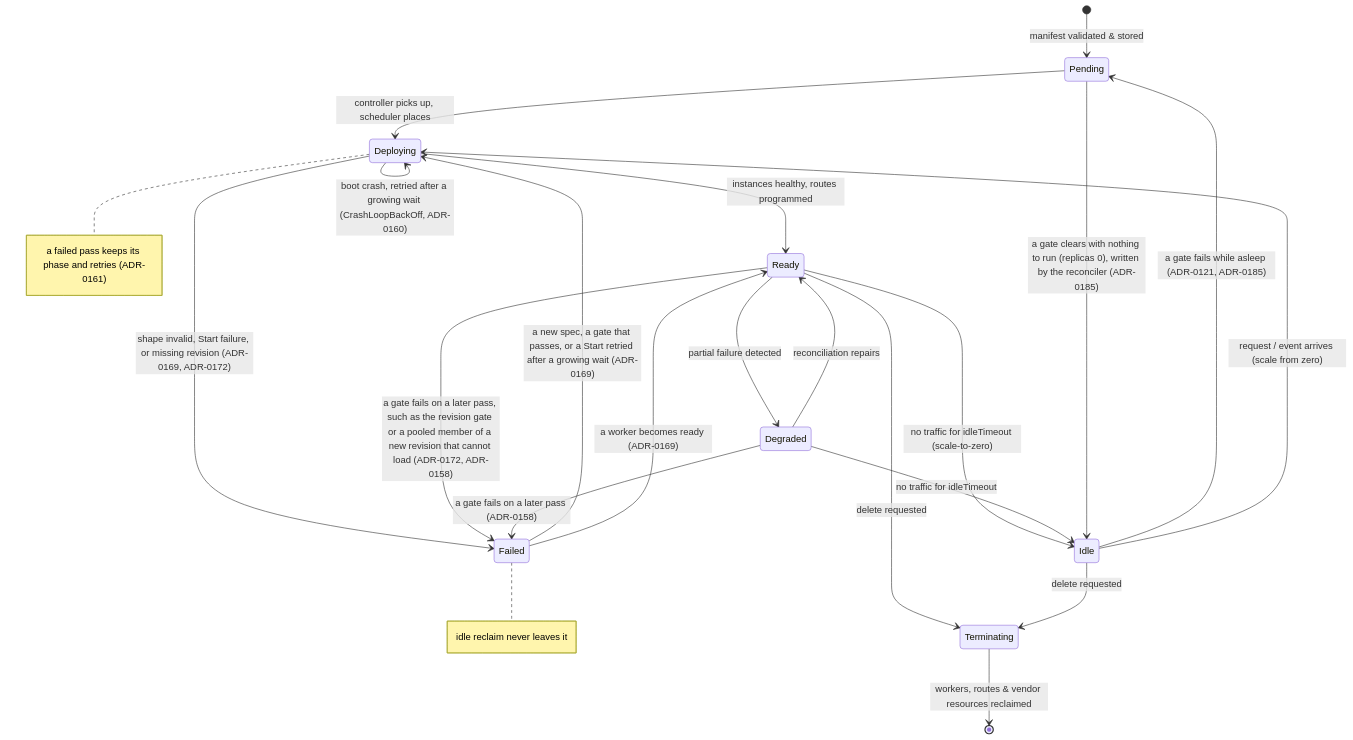
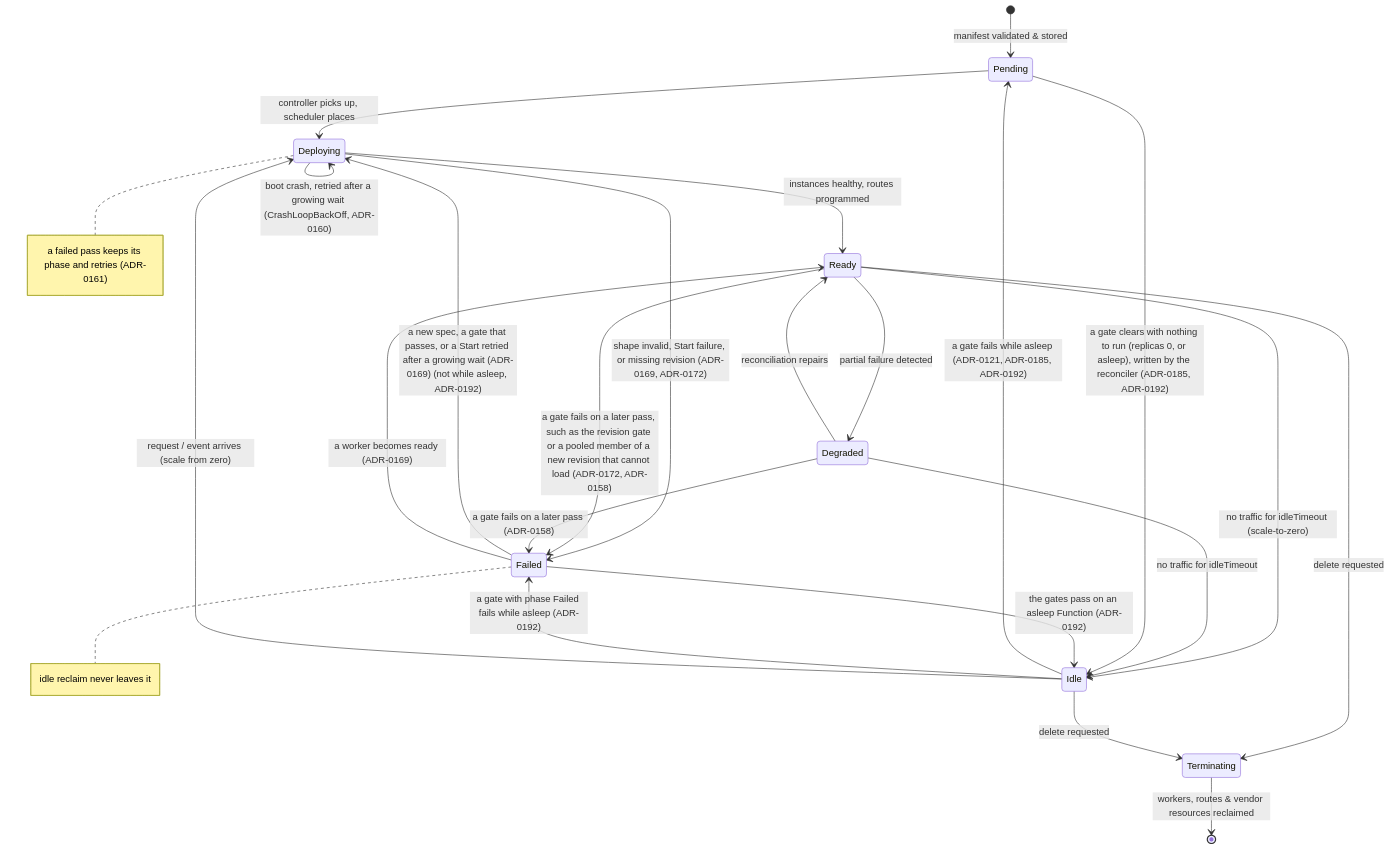
The eighth of 8 diagrams in blueprint.md (pyvvo/funcd), drawn with Mermaid before and after one commit. The commit also changed 5 other files, not shown here.

First line of the commit message:
docs(adr): accept ADR-0192, an asleep Function's gate stops its worker

````diff
--- a/blueprint.md
+++ b/blueprint.md
@@ -663,24 +663,26 @@
 ```mermaid
 stateDiagram-v2
     [*] --> Pending : manifest validated & stored
     Pending --> Deploying : controller picks up, scheduler places
     Deploying --> Ready : instances healthy, routes programmed
     Deploying --> Deploying : boot crash, retried after a growing wait (CrashLoopBackOff, ADR-0160)
     Deploying --> Failed : shape invalid, Start failure, or missing revision (ADR-0169, ADR-0172)
     note right of Deploying : a failed pass keeps its phase and retries (ADR-0161)
     Ready --> Failed : a gate fails on a later pass, such as the revision gate or a pooled member of a new revision that cannot load (ADR-0172, ADR-0158)
     Degraded --> Failed : a gate fails on a later pass (ADR-0158)
-    Failed --> Deploying : a new spec, a gate that passes, or a Start retried after a growing wait (ADR-0169)
+    Failed --> Deploying : a new spec, a gate that passes, or a Start retried after a growing wait (ADR-0169) (not while asleep, ADR-0192)
     Failed --> Ready : a worker becomes ready (ADR-0169)
     note right of Failed : idle reclaim never leaves it
     Ready --> Degraded : partial failure detected
     Degraded --> Ready : reconciliation repairs
     Ready --> Idle : no traffic for idleTimeout (scale-to-zero)
     Degraded --> Idle : no traffic for idleTimeout
-    Pending --> Idle : a gate clears with nothing to run (replicas 0), written by the reconciler (ADR-0185)
-    Idle --> Pending : a gate fails while asleep (ADR-0121, ADR-0185)
+    Pending --> Idle : a gate clears with nothing to run (replicas 0, or asleep), written by the reconciler (ADR-0185, ADR-0192)
+    Idle --> Pending : a gate fails while asleep (ADR-0121, ADR-0185, ADR-0192)
+    Idle --> Failed : a gate with phase Failed fails while asleep (ADR-0192)
+    Failed --> Idle : the gates pass on an asleep Function (ADR-0192)
     Idle --> Deploying : request / event arrives (scale from zero)
     Ready --> Terminating : delete requested
     Idle --> Terminating : delete requested
     Terminating --> [*] : workers, routes & vendor resources reclaimed
 ```
````
